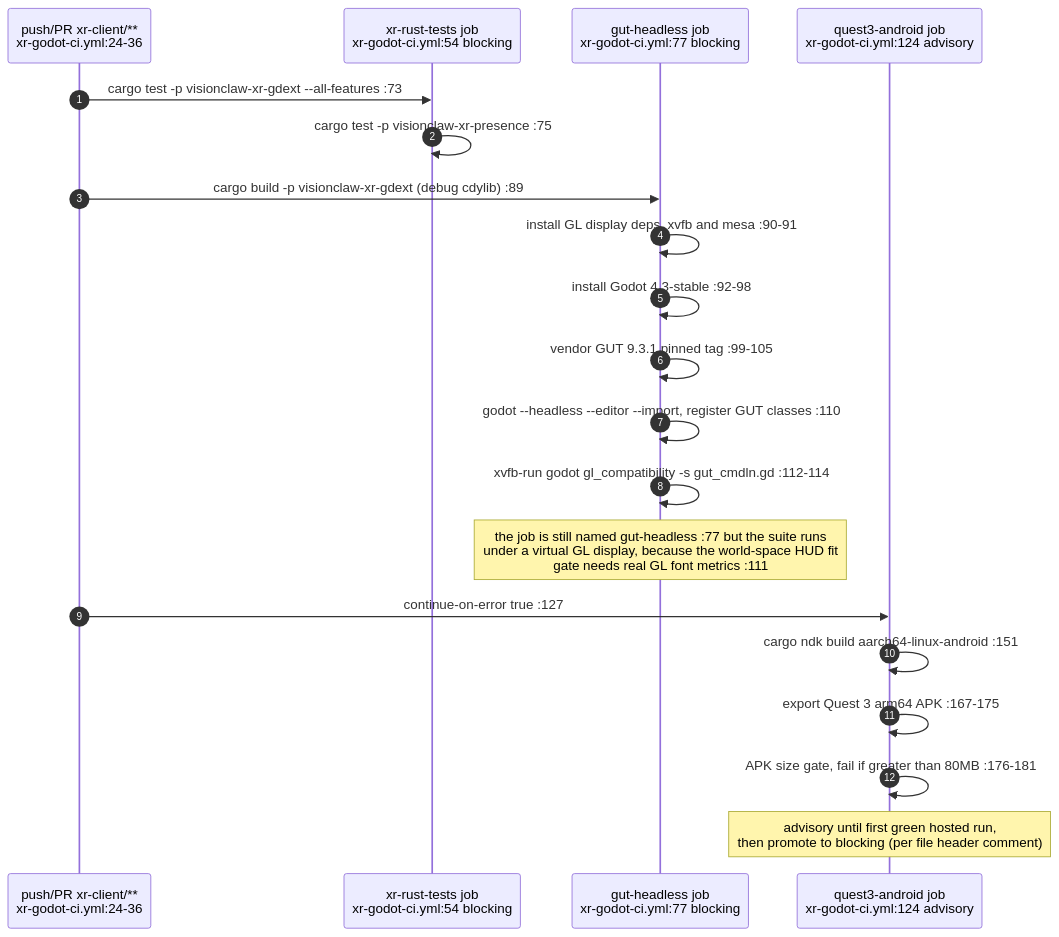
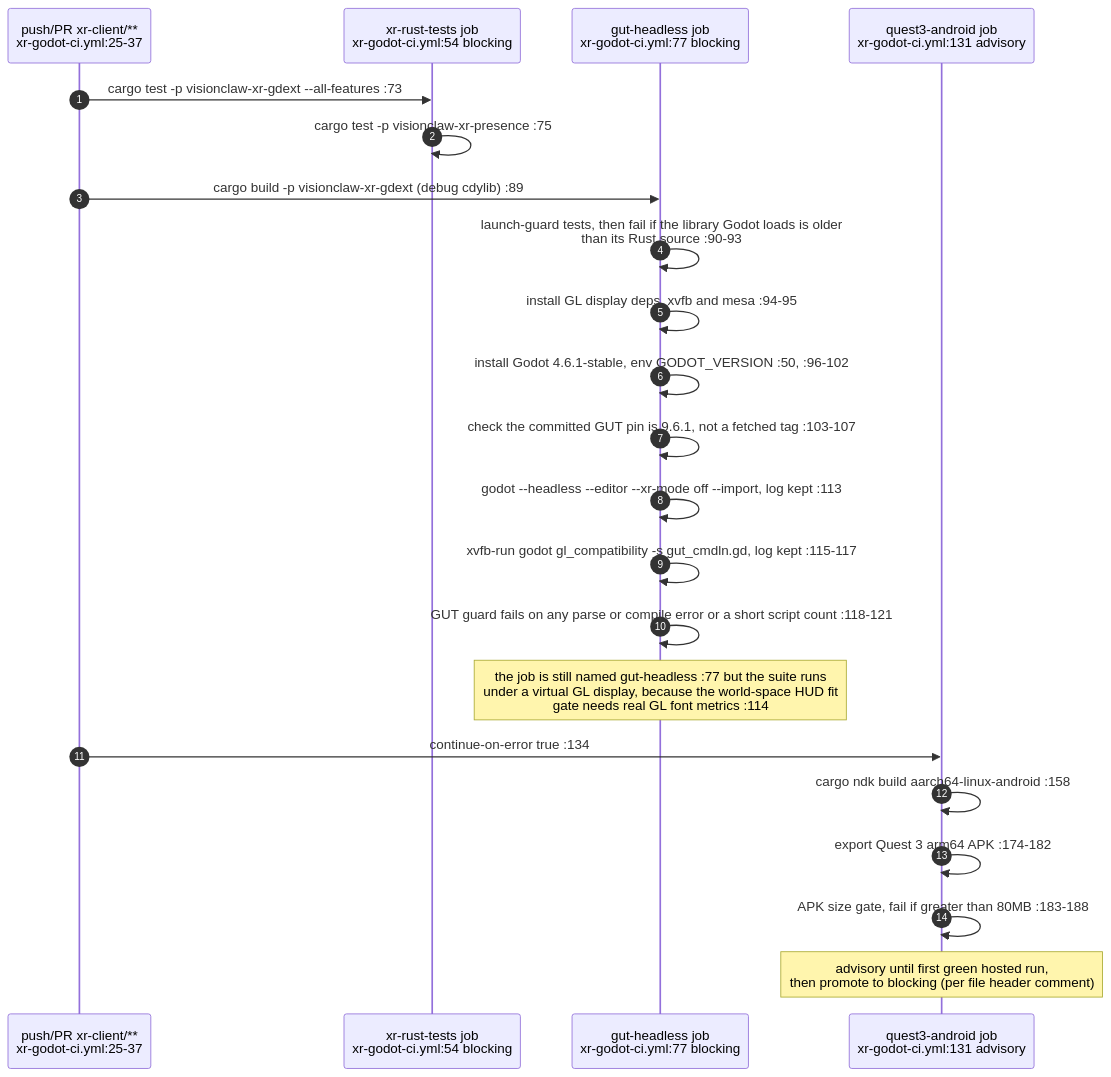
One commit to DreamLab-AI/VisionFlow changed diagram 14 of 24 in docs/diagrams/estate/09-build-deploy-and-ci-estate.md. Above: the diagram before and after it, drawn with Mermaid. The commit also changed other lines of this file and 160 other files, not shown here.

````diff
--- a/docs/diagrams/estate/09-build-deploy-and-ci-estate.md
+++ b/docs/diagrams/estate/09-build-deploy-and-ci-estate.md
@@ -530,23 +538,25 @@
 ```mermaid
 sequenceDiagram
     autonumber
-    participant GH as push/PR xr-client/**<br/>xr-godot-ci.yml:24-36
+    participant GH as push/PR xr-client/**<br/>xr-godot-ci.yml:25-37
     participant RT as xr-rust-tests job<br/>xr-godot-ci.yml:54 blocking
     participant GUT as gut-headless job<br/>xr-godot-ci.yml:77 blocking
-    participant Q3 as quest3-android job<br/>xr-godot-ci.yml:124 advisory
+    participant Q3 as quest3-android job<br/>xr-godot-ci.yml:131 advisory
 
     GH->>RT: cargo test -p visionclaw-xr-gdext --all-features :73
     RT->>RT: cargo test -p visionclaw-xr-presence :75
     GH->>GUT: cargo build -p visionclaw-xr-gdext (debug cdylib) :89
-    GUT->>GUT: install GL display deps, xvfb and mesa :90-91
-    GUT->>GUT: install Godot 4.3-stable :92-98
-    GUT->>GUT: vendor GUT 9.3.1 pinned tag :99-105
-    GUT->>GUT: godot --headless --editor --import, register GUT classes :110
-    GUT->>GUT: xvfb-run godot gl_compatibility -s gut_cmdln.gd :112-114
-    Note over GUT: the job is still named gut-headless :77 but the suite runs<br/>under a virtual GL display, because the world-space HUD fit<br/>gate needs real GL font metrics :111
-    GH->>Q3: continue-on-error true :127
-    Q3->>Q3: cargo ndk build aarch64-linux-android :151
-    Q3->>Q3: export Quest 3 arm64 APK :167-175
-    Q3->>Q3: APK size gate, fail if greater than 80MB :176-181
+    GUT->>GUT: launch-guard tests, then fail if the library Godot loads is older<br/>than its Rust source :90-93
+    GUT->>GUT: install GL display deps, xvfb and mesa :94-95
+    GUT->>GUT: install Godot 4.6.1-stable, env GODOT_VERSION :50, :96-102
+    GUT->>GUT: check the committed GUT pin is 9.6.1, not a fetched tag :103-107
+    GUT->>GUT: godot --headless --editor --xr-mode off --import, log kept :113
+    GUT->>GUT: xvfb-run godot gl_compatibility -s gut_cmdln.gd, log kept :115-117
+    GUT->>GUT: GUT guard fails on any parse or compile error or a short script count :118-121
+    Note over GUT: the job is still named gut-headless :77 but the suite runs<br/>under a virtual GL display, because the world-space HUD fit<br/>gate needs real GL font metrics :114
+    GH->>Q3: continue-on-error true :134
+    Q3->>Q3: cargo ndk build aarch64-linux-android :158
+    Q3->>Q3: export Quest 3 arm64 APK :174-182
+    Q3->>Q3: APK size gate, fail if greater than 80MB :183-188
     Note over Q3: advisory until first green hosted run,<br/>then promote to blocking (per file header comment)
 ```
````
